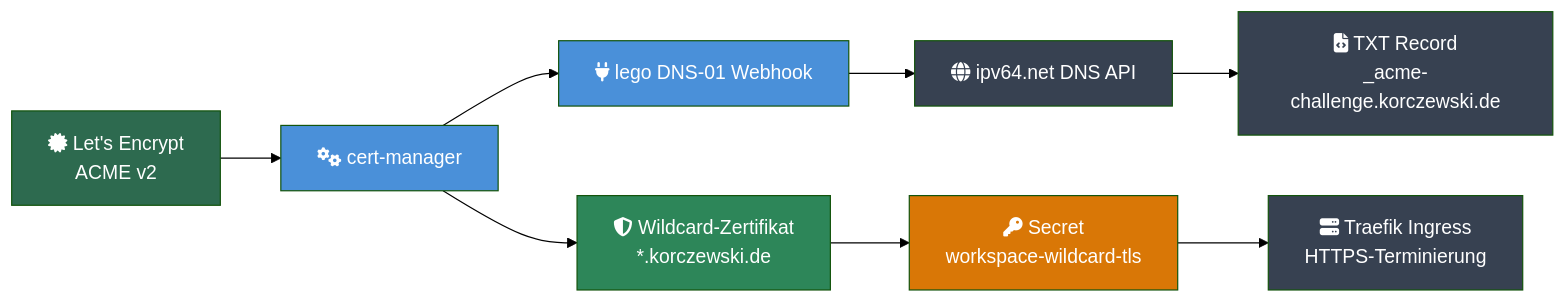
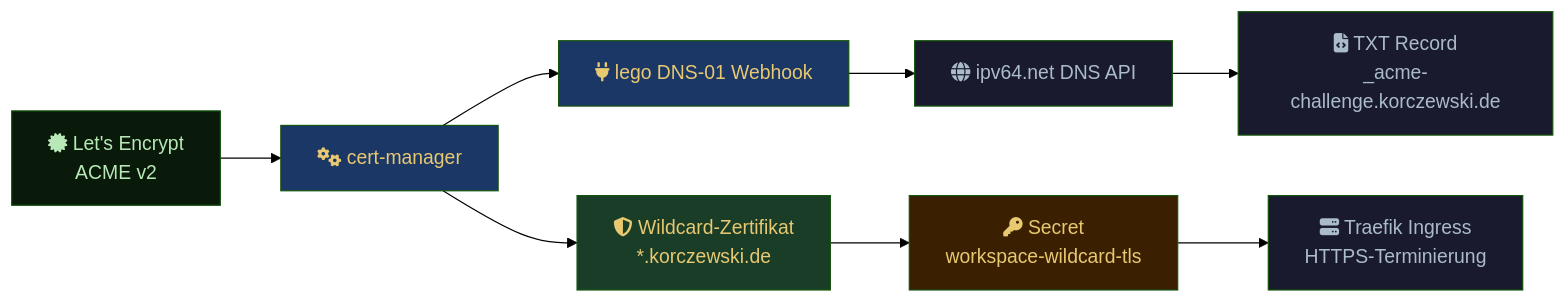
Before and after one commit to Paddione/Bachelorprojekt: the second of 2 diagrams in k3d/docs-content/security.md, drawn with Mermaid (forest theme). The commit also changed other lines of this file and 6 other files, not shown here.

First line of the commit message:
docs: retheme all Mermaid diagrams to mentolder dark+gold palette

````diff
--- a/k3d/docs-content/security.md
+++ b/k3d/docs-content/security.md
@@ -159,19 +159,19 @@
 ```mermaid
 flowchart LR
     LE["fa:fa-certificate Let's Encrypt<br/>ACME v2"] --> CM["fa:fa-cogs cert-manager"]
     CM --> LEGO["fa:fa-plug lego DNS-01 Webhook"]
     LEGO --> IPV64["fa:fa-globe ipv64.net DNS API"]
     IPV64 --> TXT["fa:fa-file-code TXT Record<br/>_acme-challenge.korczewski.de"]
     CM --> CERT["fa:fa-shield-halved Wildcard-Zertifikat<br/>*.korczewski.de"]
     CERT --> SECRET["fa:fa-key Secret<br/>workspace-wildcard-tls"]
     SECRET --> TRAEFIK["fa:fa-server Traefik Ingress<br/>HTTPS-Terminierung"]
 
-    style LE fill:#2d6a4f,color:#fff
-    style CM fill:#4a90d9,color:#fff
-    style LEGO fill:#4a90d9,color:#fff
-    style IPV64 fill:#374151,color:#fff
-    style TXT fill:#374151,color:#fff
-    style CERT fill:#2d8659,color:#fff
-    style SECRET fill:#d97706,color:#fff
-    style TRAEFIK fill:#374151,color:#fff
+    style LE fill:#0a1a0a,color:#b8e8b8
+    style CM fill:#1b3766,color:#e8c870
+    style LEGO fill:#1b3766,color:#e8c870
+    style IPV64 fill:#1a1a2e,color:#aabbcc
+    style TXT fill:#1a1a2e,color:#aabbcc
+    style CERT fill:#1a3d28,color:#e8c870
+    style SECRET fill:#3a2000,color:#e8c870
+    style TRAEFIK fill:#1a1a2e,color:#aabbcc
 ```
````
